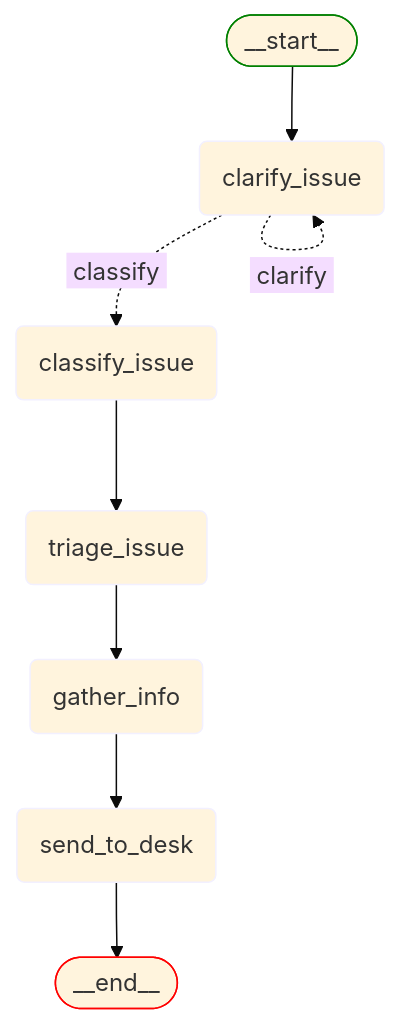
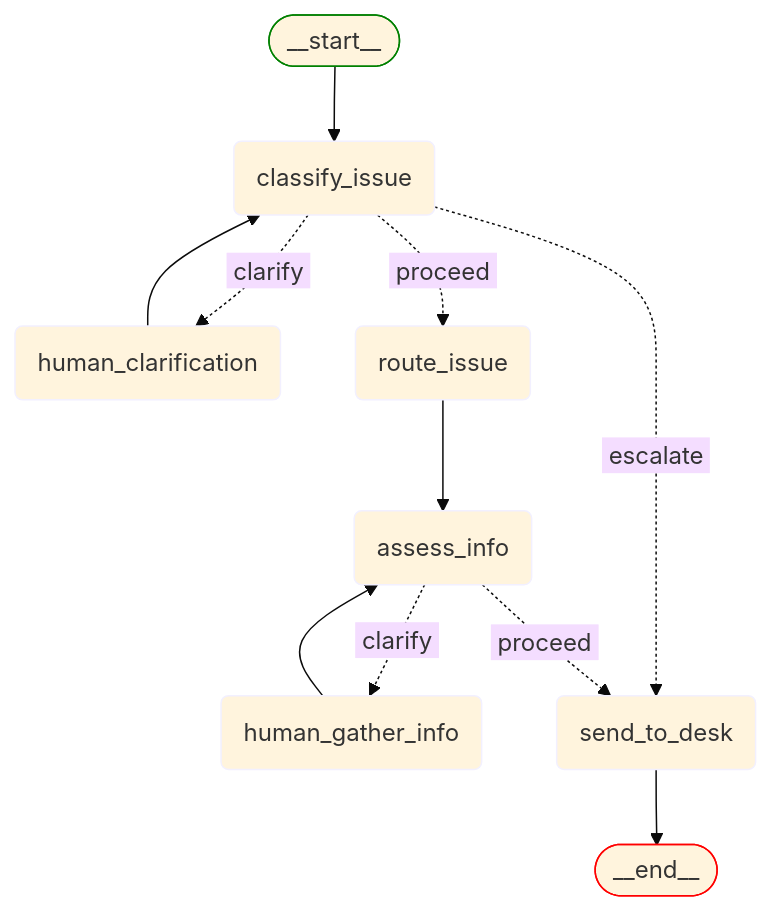
Before and after one commit to dextersjab/agentic-workbench-langgraph: the diagram in backend/src/workflows/support_desk/README.md, drawn with Mermaid (base theme). The commit also changed other lines of this file and 3 other files, not shown here.

````diff
--- a/backend/src/workflows/support_desk/README.md
+++ b/backend/src/workflows/support_desk/README.md
@@ -28,22 +27,26 @@
 ```mermaid
 graph TD;
     __start__([<p>__start__</p>]):::first
-    clarify_issue(clarify_issue)
     classify_issue(classify_issue)
-    triage_issue(triage_issue)
-    gather_info(gather_info)
+    human_clarification(human_clarification)
+    route_issue(route_issue)
+    assess_info(assess_info)
+    human_gather_info(human_gather_info)
     send_to_desk(send_to_desk)
     __end__([<p>__end__</p>]):::last
 
-    __start__ --> clarify_issue;
-    clarify_issue -. &nbsp;classify&nbsp; .-> classify_issue;
-    classify_issue --> triage_issue;
-    gather_info --> send_to_desk;
-    triage_issue --> gather_info;
+    __start__ --> classify_issue;
+    classify_issue -. &nbsp;proceed&nbsp; .-> route_issue;
+    classify_issue -. &nbsp;clarify&nbsp; .-> human_clarification;
+    classify_issue -. &nbsp;escalate&nbsp; .-> send_to_desk;
+    human_clarification --> classify_issue;
+    route_issue --> assess_info;
+    assess_info -. &nbsp;proceed&nbsp; .-> send_to_desk;
+    assess_info -. &nbsp;clarify&nbsp; .-> human_gather_info;
+    human_gather_info --> assess_info;
     send_to_desk --> __end__;
-    clarify_issue -. &nbsp;clarify&nbsp; .-> clarify_issue;
     
     classDef default stroke:#f2f0ff,line-height:1.2
     classDef first stroke:green
     classDef last stroke:red
 ```
````
